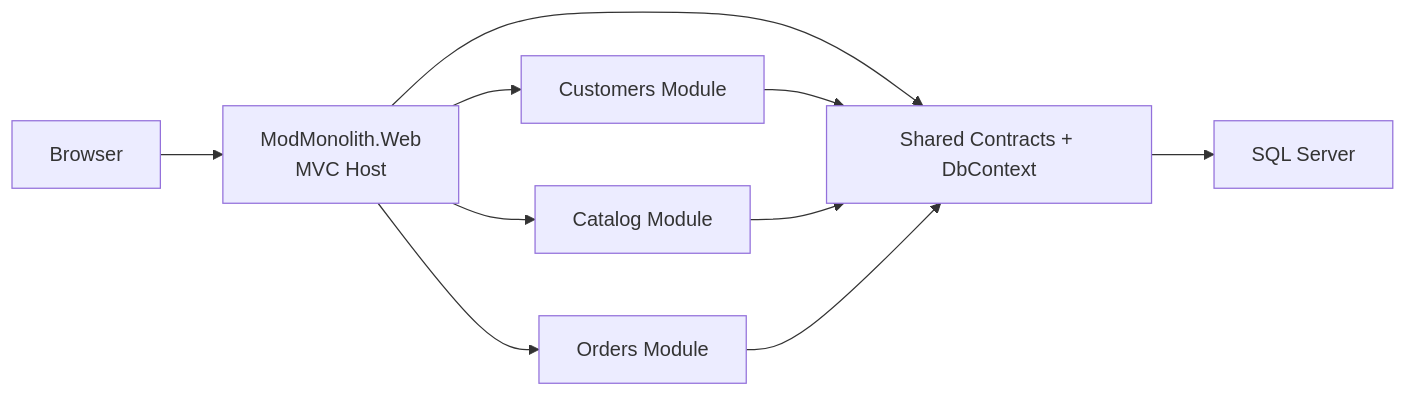
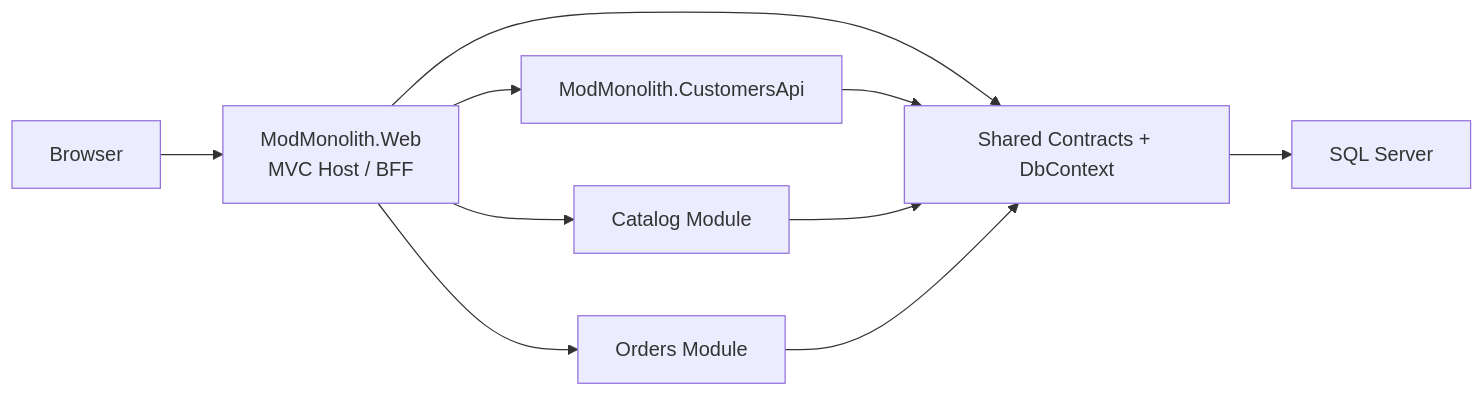
One commit to DarrenPratt/ModularMonolith changed the diagram in README.md. Above: the diagram before and after it, drawn with Mermaid. The commit also changed other lines of this file and 153 other files, not shown here.

````diff
--- a/README.md
+++ b/README.md
@@ -7,20 +7,20 @@
 ```mermaid
 flowchart LR
     Browser["Browser"]
-    Web["ModMonolith.Web<br/>MVC Host"]
-    Customers["Customers Module"]
+    Web["ModMonolith.Web<br/>MVC Host / BFF"]
+    CustomersApi["ModMonolith.CustomersApi"]
     Catalog["Catalog Module"]
     Orders["Orders Module"]
     Shared["Shared Contracts + DbContext"]
     Sql["SQL Server"]
 
     Browser --> Web
-    Web --> Customers
+    Web --> CustomersApi
     Web --> Catalog
     Web --> Orders
     Web --> Shared
-    Customers --> Shared
+    CustomersApi --> Shared
     Catalog --> Shared
     Orders --> Shared
     Shared --> Sql
 ```
````
